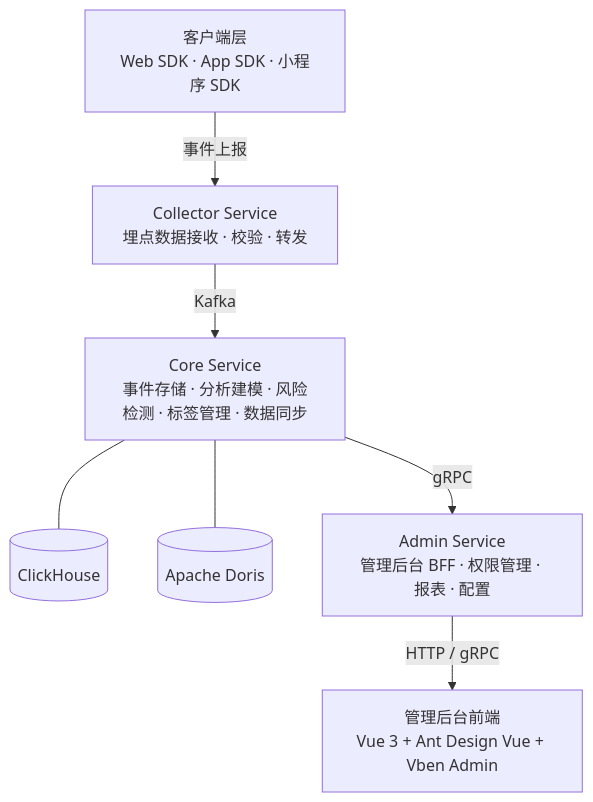
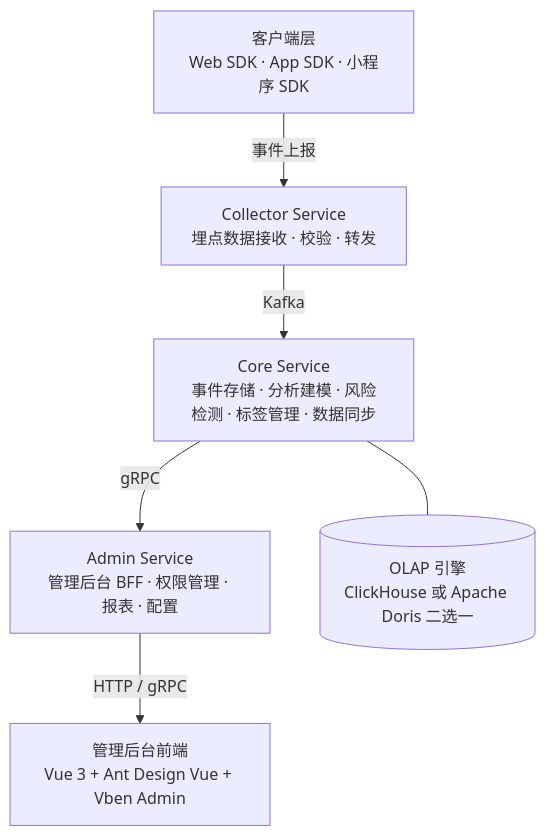
Before and after one commit to tx7do/go-wind-uba: the diagram in README.md, drawn with Mermaid. The commit also changed other lines of this file and 2 other files, not shown here.

````diff
--- a/README.md
+++ b/README.md
@@ -105,17 +105,14 @@
 ```mermaid
 graph TB
     SDK["客户端层<br/>Web SDK · App SDK · 小程序 SDK"]
     Collector["Collector Service<br/>埋点数据接收 · 校验 · 转发"]
     Core["Core Service<br/>事件存储 · 分析建模 · 风险检测 · 标签管理 · 数据同步"]
-    CH[(ClickHouse)]
-    Doris[(Apache Doris)]
     Admin["Admin Service<br/>管理后台 BFF · 权限管理 · 报表 · 配置"]
     Frontend["管理后台前端<br/>Vue 3 + Ant Design Vue + Vben Admin"]
 
     SDK -->|"事件上报"| Collector
     Collector -->|"Kafka"| Core
-    Core --- CH
-    Core --- Doris
+    Core --- OLAP[(OLAP 引擎<br/>ClickHouse 或 Apache Doris 二选一)]
     Core -->|"gRPC"| Admin
     Admin -->|"HTTP / gRPC"| Frontend
 ```
````
